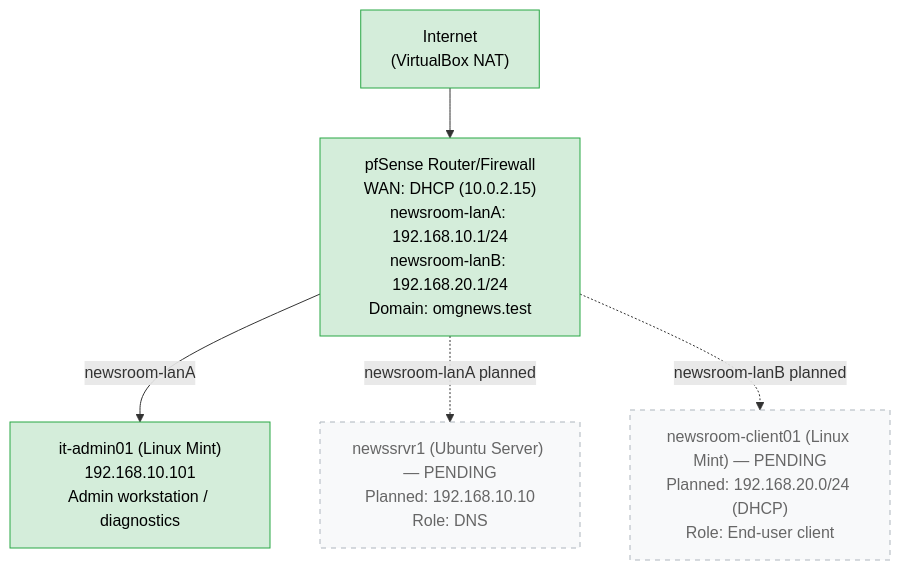
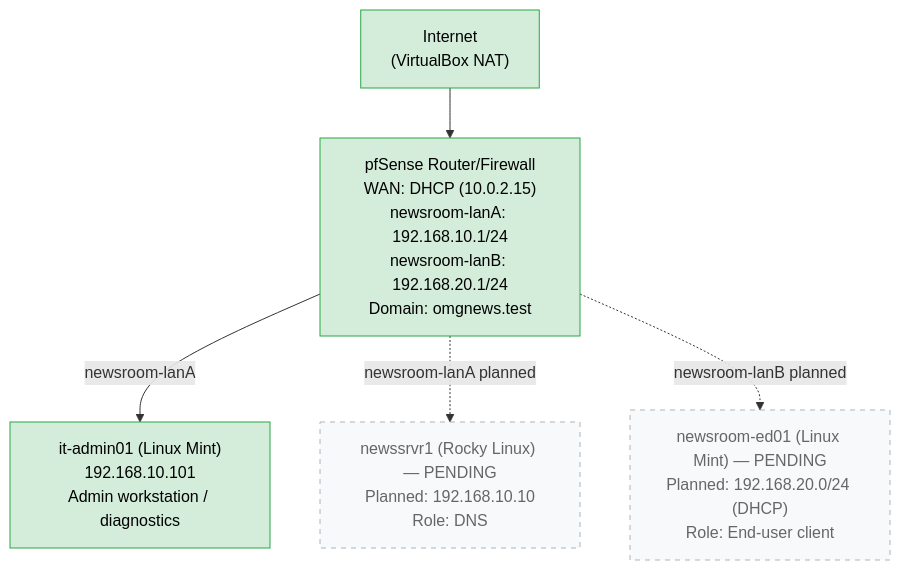
One commit to robbaileyhome-dev/homelab-portfolio changed the diagram in Labs/Lab02: Network restructure.md. Above: the diagram before and after it, drawn with Mermaid.

Commit message:
Replace Ubuntu with Rocky Linux in network diagram

````diff
--- a/Labs/Lab02: Network restructure.md
+++ b/Labs/Lab02: Network restructure.md
@@ -7,18 +7,18 @@
 ```mermaid
 graph TB
     NAT["Internet<br/>(VirtualBox NAT)"]
     pfSense["pfSense Router/Firewall<br/>WAN: DHCP (10.0.2.15)<br/>newsroom-lanA: 192.168.10.1/24<br/>newsroom-lanB: 192.168.20.1/24<br/>Domain: omgnews.test"]
     Mint1["it-admin01 (Linux Mint)<br/>192.168.10.101<br/>Admin workstation / diagnostics"]
-    Ubuntu["newssrvr1 (Ubuntu Server) — PENDING<br/>Planned: 192.168.10.10<br/>Role: DNS"]
-    Mint2["newsroom-client01 (Linux Mint) — PENDING<br/>Planned: 192.168.20.0/24 (DHCP)<br/>Role: End-user client"]
+    Rocky["newssrvr1 (Rocky Linux) — PENDING<br/>Planned: 192.168.10.10<br/>Role: DNS"]
+    Mint2["newsroom-ed01 (Linux Mint) — PENDING<br/>Planned: 192.168.20.0/24 (DHCP)<br/>Role: End-user client"]
 
     NAT --> pfSense
     pfSense -->|newsroom-lanA| Mint1
-    pfSense -.->|newsroom-lanA planned| Ubuntu
+    pfSense -.->|newsroom-lanA planned| Rocky
     pfSense -.->|newsroom-lanB planned| Mint2
 
     classDef live fill:#d4edda,stroke:#28a745,color:#000;
     classDef pending fill:#f8f9fa,stroke:#adb5bd,stroke-dasharray: 5 5,color:#666;
     class NAT,pfSense,Mint1 live;
-    class Ubuntu,Mint2 pending;
+    class Rocky,Mint2 pending;
 ```
````
